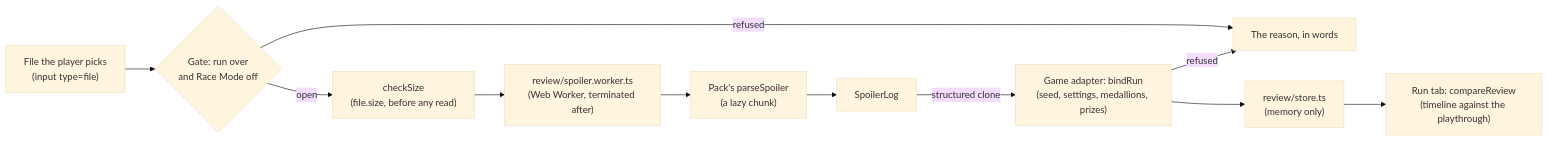
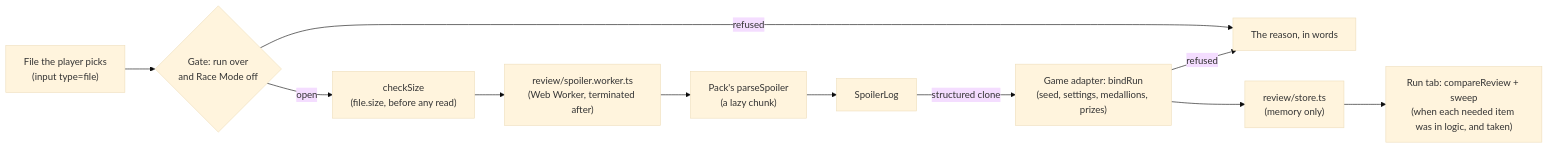
One commit to kqesar/alltp-tracker changed the first of 4 diagrams in docs/review.md. Above: the diagram before and after it, drawn with Mermaid (base theme). The commit also changed other lines of this file and 1 other file, not shown here.

First line of the commit message:
docs: describe the waits of an ALttPR run review

````diff
--- a/docs/review.md
+++ b/docs/review.md
@@ -14,13 +14,13 @@
 ```mermaid
 flowchart LR
   file["File the player picks<br/>(input type=file)"] --> gate{"Gate: run over<br/>and Race Mode off"}
   gate -- refused --> words["The reason, in words"]
   gate -- open --> size["checkSize<br/>(file.size, before any read)"]
   size --> worker["review/spoiler.worker.ts<br/>(Web Worker, terminated after)"]
   worker --> parse["Pack's parseSpoiler<br/>(a lazy chunk)"]
   parse --> log["SpoilerLog"]
   log -- structured clone --> bind["Game adapter: bindRun<br/>(seed, settings, medallions, prizes)"]
   bind -- refused --> words
   bind --> store["review/store.ts<br/>(memory only)"]
-  store --> runtab["Run tab: compareReview<br/>(timeline against the playthrough)"]
+  store --> runtab["Run tab: compareReview + sweep<br/>(when each needed item was in logic, and taken)"]
 ```
````
